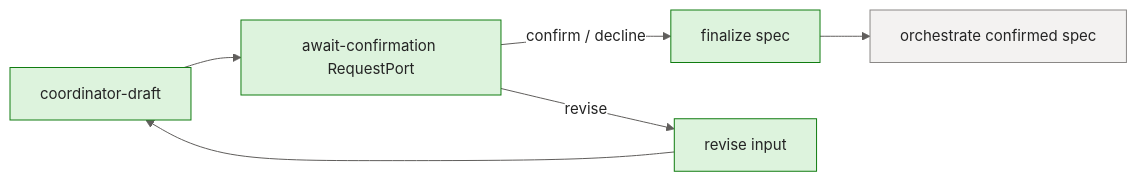
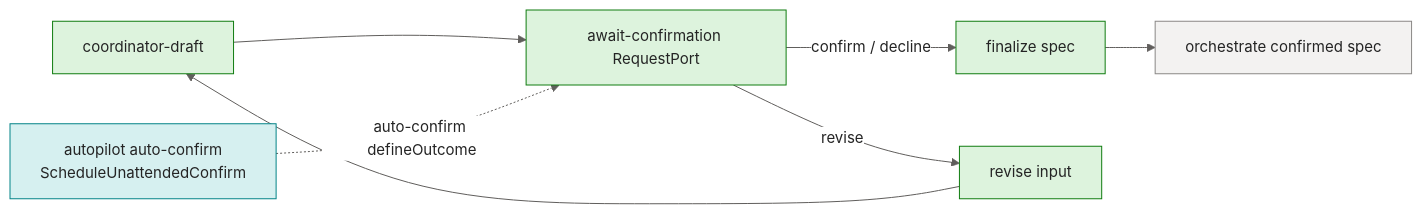
One commit to sabbour/agentweaver changed the third of 5 diagrams in docs/deep-dive/coordinator-internals.md. Above: the diagram before and after it, drawn with Mermaid. The commit also changed other lines of this file and 10 other files, not shown here.

````diff
--- a/docs/deep-dive/coordinator-internals.md
+++ b/docs/deep-dive/coordinator-internals.md
@@ -173,24 +173,27 @@
 ```mermaid
 %%{init: {'theme':'base','themeVariables':{'fontFamily':'Segoe UI, system-ui, -apple-system, sans-serif','fontSize':'15px','primaryColor':'#E8EEF9','primaryBorderColor':'#0F6CBD','primaryTextColor':'#242424','lineColor':'#605E5C','clusterBkg':'#FAF9F8','clusterBorder':'#D2D0CE','edgeLabelBackground':'#FFFFFF'}}}%%
 flowchart LR
     Draft[coordinator-draft]
     Gate[await-confirmation RequestPort]
+    Auto[autopilot auto-confirm<br/>ScheduleUnattendedConfirm]
     Finalize[finalize spec]
     Revise[revise input]
     Orchestrate[orchestrate confirmed spec]
 
     Draft --> Gate
+    Auto -. auto-confirm defineOutcome .-> Gate
     Gate -- revise --> Revise --> Draft
     Gate -- confirm / decline --> Finalize --> Orchestrate
 
     classDef client fill:#E8EEF9,stroke:#0F6CBD,stroke-width:1px,color:#242424;
     classDef svc fill:#F3F2F1,stroke:#8A8886,stroke-width:1px,color:#242424;
     classDef core fill:#CFE4FA,stroke:#0F6CBD,stroke-width:2px,color:#242424;
     classDef data fill:#FFF4CE,stroke:#C19C00,stroke-width:1px,color:#242424;
     classDef ext fill:#F0E8F8,stroke:#8764B8,stroke-width:1px,color:#242424;
     classDef runtime fill:#DDF3DD,stroke:#107C10,stroke-width:1px,color:#242424;
     classDef evt fill:#D6F0F0,stroke:#038387,stroke-width:1px,color:#242424;
 
     class Draft,Gate,Finalize,Revise runtime;
+    class Auto evt;
     class Orchestrate svc;
 ```
````
